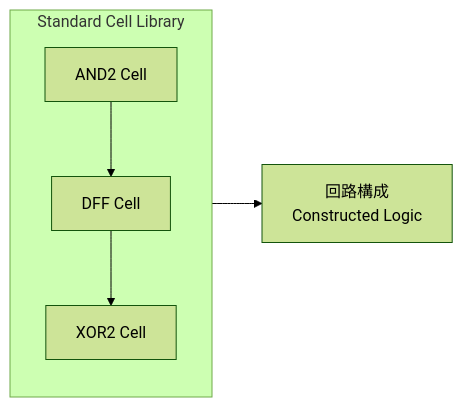
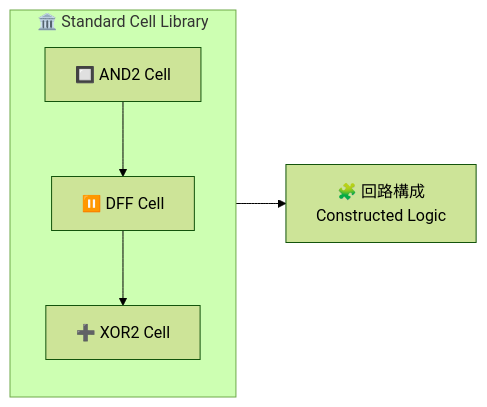
Before and after one commit to Samizo-AITL/Edusemi-v4x: the diagram in chapter5_soc_design_flow/5.2_standard_cell_based_design.md, drawn with Mermaid (forest theme). The commit also changed other lines of this file, not shown here.

````diff
--- a/chapter5_soc_design_flow/5.2_standard_cell_based_design.md
+++ b/chapter5_soc_design_flow/5.2_standard_cell_based_design.md
@@ -60,8 +61,8 @@
 ```mermaid
 flowchart LR
-    subgraph Standard_Cell_Library [Standard Cell Library]
-        A[AND2 Cell] --> B[DFF Cell] --> C[XOR2 Cell]
+    subgraph Standard_Cell_Library [🏛️ Standard Cell Library]
+        A[🔲 AND2 Cell] --> B[⏸️ DFF Cell] --> C[➕ XOR2 Cell]
     end
 
-    Standard_Cell_Library --> D[回路構成<br>Constructed Logic]
+    Standard_Cell_Library --> D[🧩 回路構成<br>Constructed Logic]
 ```
````
